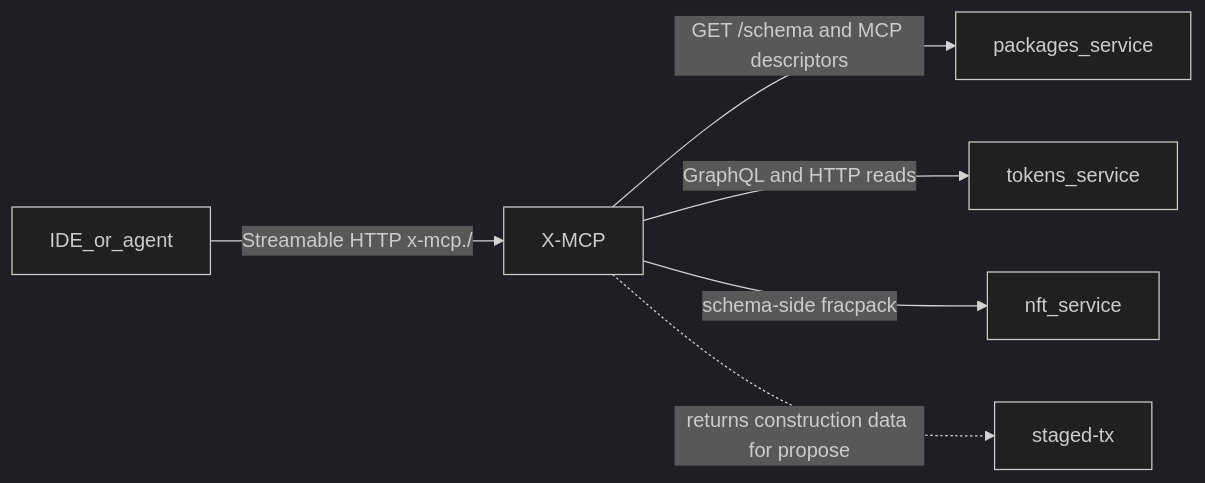
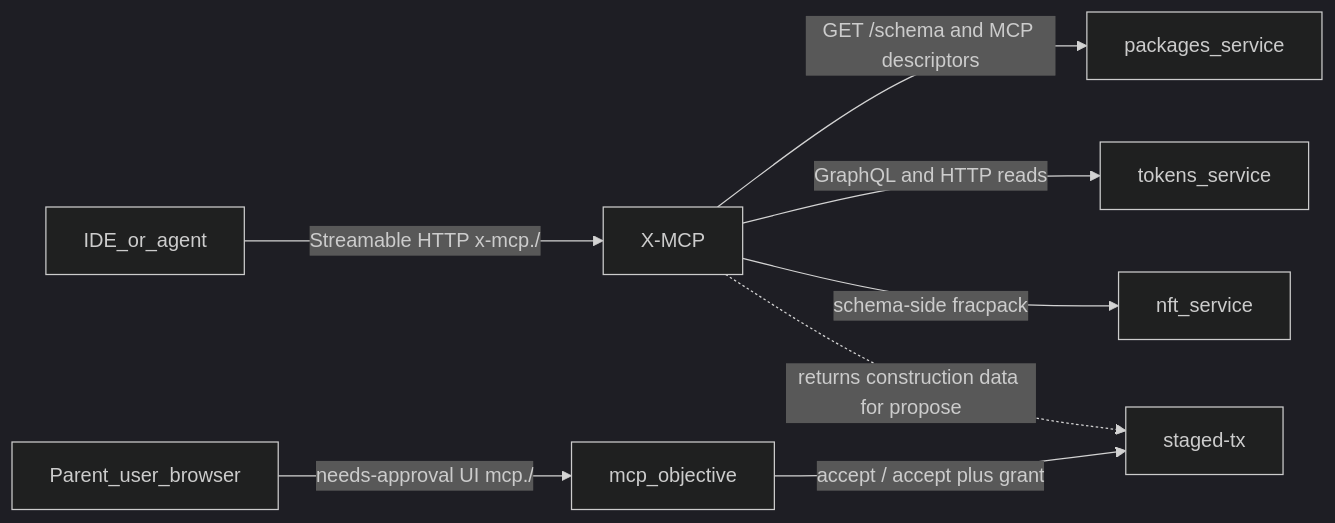
Before and after one commit to gofractally/psibase: the first of 2 diagrams in mcp-server-on-chain-v2.md, drawn with Mermaid (dark theme). The commit also changed other lines of this file, not shown here.

Commit message:
X-MCP V2: approval flow, mcp objective service, test plan

````diff
--- a/mcp-server-on-chain-v2.md
+++ b/mcp-server-on-chain-v2.md
@@ -15,14 +15,18 @@
 ```mermaid
 flowchart LR
   ide[IDE_or_agent]
   mcp[X-MCP]
   packages[packages_service]
   svcA[tokens_service]
   svcB[nft_service]
   staged[staged-tx]
   ide -->|"Streamable HTTP x-mcp.<root>/"| mcp
   mcp -->|"GET /schema and MCP descriptors"| packages
   mcp -->|"GraphQL and HTTP reads"| svcA
   mcp -->|"schema-side fracpack"| svcB
   mcp -.->|"returns construction data for propose"| staged
+  user[Parent_user_browser]
+  mcpobj[mcp_objective]
+  user -->|"needs-approval UI mcp.<root>/"| mcpobj
+  mcpobj -->|"accept / accept plus grant"| staged
 ```
````
